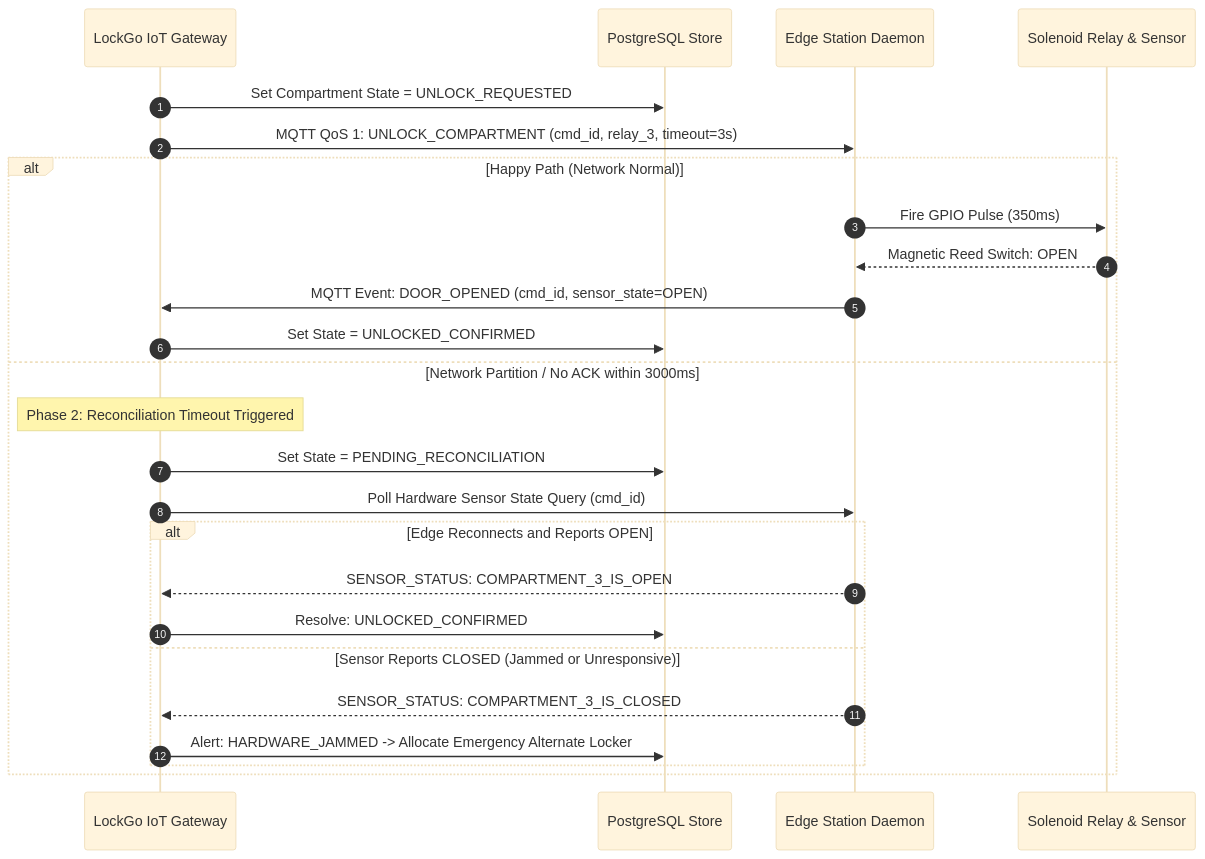
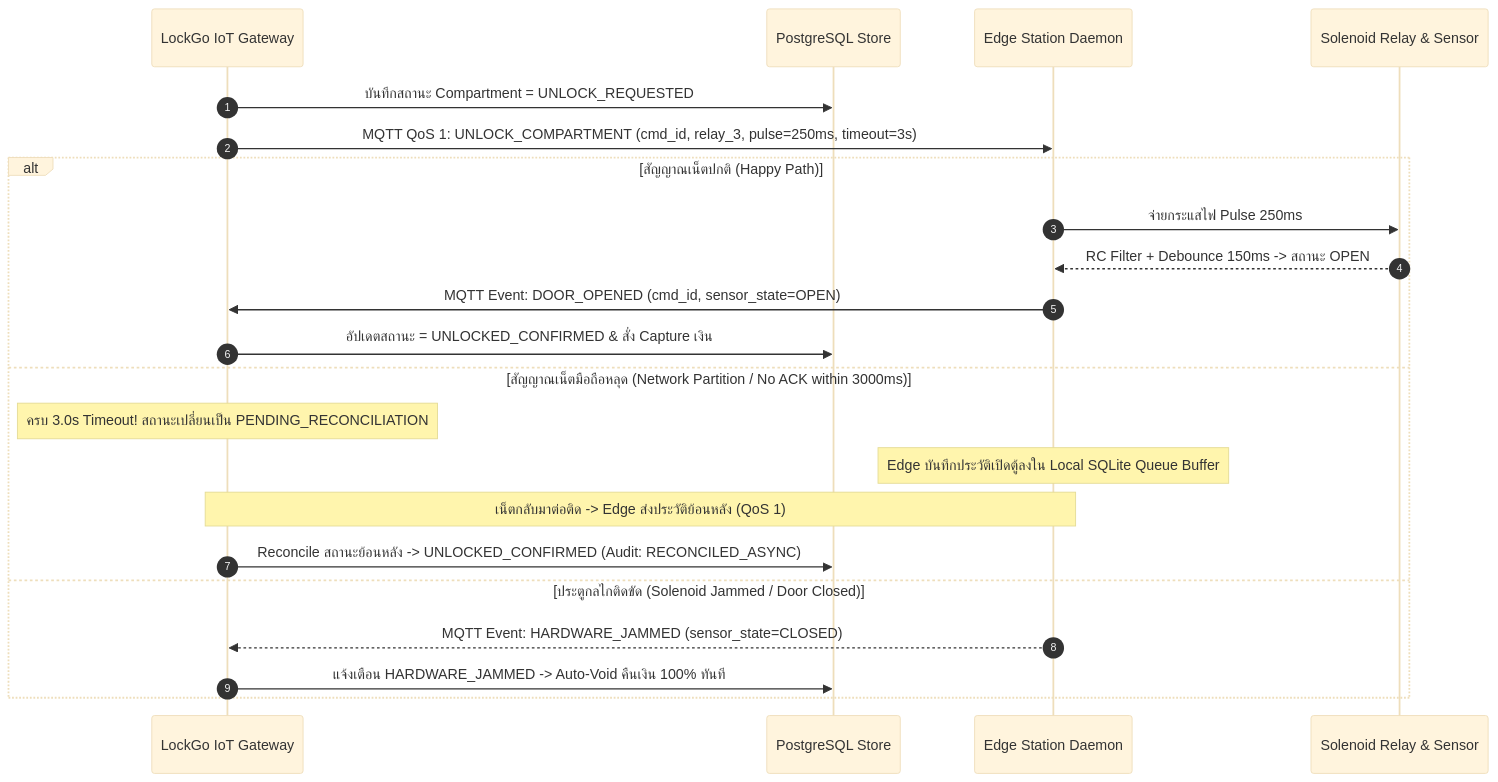
One commit to napaporn-s/lockgo-platform changed the third of 3 diagrams in docs/05_IOT_HARDWARE_INTEGRATION.md. Above: the diagram before and after it, drawn with Mermaid (base theme). The commit also changed other lines of this file and 15 other files, not shown here.

````diff
--- a/docs/05_IOT_HARDWARE_INTEGRATION.md
+++ b/docs/05_IOT_HARDWARE_INTEGRATION.md
@@ -72,29 +114,26 @@
 ```mermaid
 sequenceDiagram
     autonumber
     participant Cloud as LockGo IoT Gateway
     participant DB as PostgreSQL Store
     participant Edge as Edge Station Daemon
     participant Hardware as Solenoid Relay & Sensor
 
-    Cloud->>DB: Set Compartment State = UNLOCK_REQUESTED
-    Cloud->>Edge: MQTT QoS 1: UNLOCK_COMPARTMENT (cmd_id, relay_3, timeout=3s)
+    Cloud->>DB: บันทึกสถานะ Compartment = UNLOCK_REQUESTED
+    Cloud->>Edge: MQTT QoS 1: UNLOCK_COMPARTMENT (cmd_id, relay_3, pulse=250ms, timeout=3s)
     
-    alt Happy Path (Network Normal)
-        Edge->>Hardware: Fire GPIO Pulse (350ms)
-        Hardware-->>Edge: Magnetic Reed Switch: OPEN
+    alt สัญญาณเน็ตปกติ (Happy Path)
+        Edge->>Hardware: จ่ายกระแสไฟ Pulse 250ms
+        Hardware-->>Edge: RC Filter + Debounce 150ms -> สถานะ OPEN
         Edge->>Cloud: MQTT Event: DOOR_OPENED (cmd_id, sensor_state=OPEN)
-        Cloud->>DB: Set State = UNLOCKED_CONFIRMED
-    else Network Partition / No ACK within 3000ms
-        Note over Cloud: Phase 2: Reconciliation Timeout Triggered
-        Cloud->>DB: Set State = PENDING_RECONCILIATION
-        Cloud->>Edge: Poll Hardware Sensor State Query (cmd_id)
-        alt Edge Reconnects and Reports OPEN
-            Edge-->>Cloud: SENSOR_STATUS: COMPARTMENT_3_IS_OPEN
-            Cloud->>DB: Resolve: UNLOCKED_CONFIRMED
-        else Sensor Reports CLOSED (Jammed or Unresponsive)
-            Edge-->>Cloud: SENSOR_STATUS: COMPARTMENT_3_IS_CLOSED
-            Cloud->>DB: Alert: HARDWARE_JAMMED -> Allocate Emergency Alternate Locker
-        end
+        Cloud->>DB: อัปเดตสถานะ = UNLOCKED_CONFIRMED & สั่ง Capture เงิน
+    else สัญญาณเน็ตมือถือหลุด (Network Partition / No ACK within 3000ms)
+        Note over Cloud: ครบ 3.0s Timeout! สถานะเปลี่ยนเป็น PENDING_RECONCILIATION
+        Note over Edge: Edge บันทึกประวัติเปิดตู้ลงใน Local SQLite Queue Buffer
+        Note over Edge,Cloud: เน็ตกลับมาต่อติด -> Edge ส่งประวัติย้อนหลัง (QoS 1)
+        Cloud->>DB: Reconcile สถานะย้อนหลัง -> UNLOCKED_CONFIRMED (Audit: RECONCILED_ASYNC)
+    else ประตูกลไกติดขัด (Solenoid Jammed / Door Closed)
+        Edge-->>Cloud: MQTT Event: HARDWARE_JAMMED (sensor_state=CLOSED)
+        Cloud->>DB: แจ้งเตือน HARDWARE_JAMMED -> Auto-Void คืนเงิน 100% ทันที
     end
 ```
````
